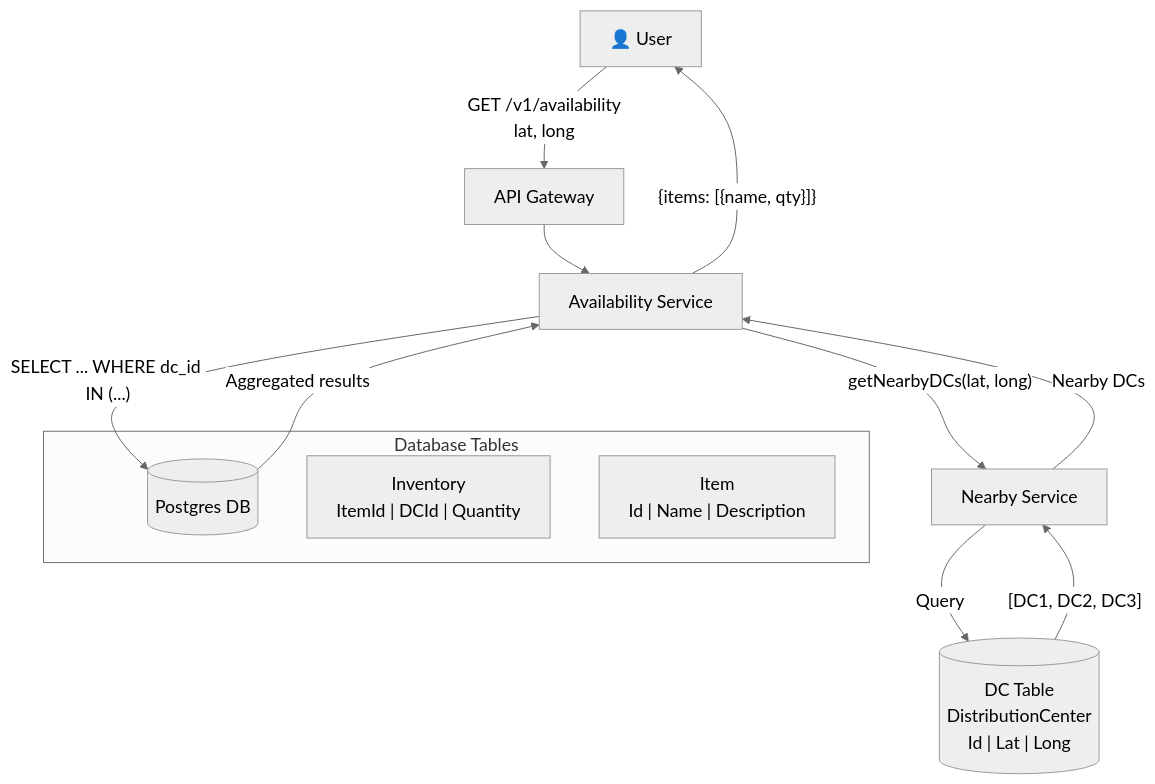
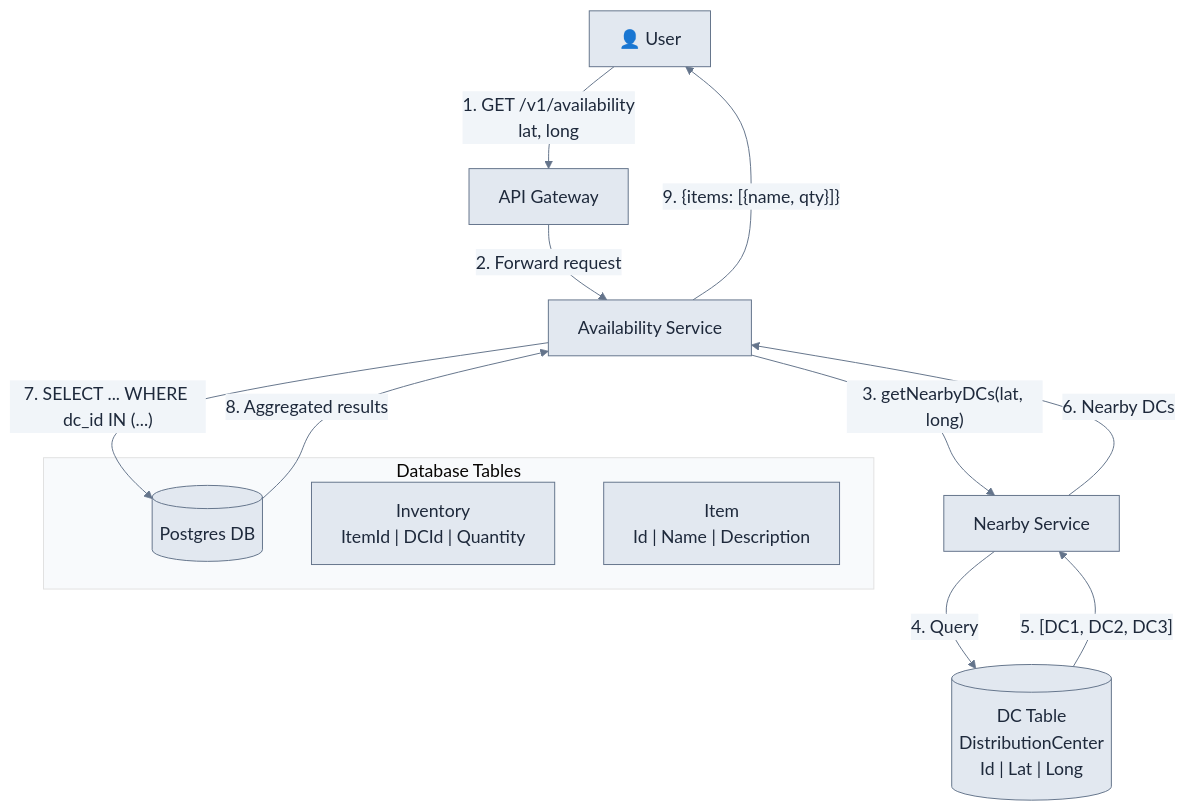
The sixth of 14 diagrams in hld/localDeliveryService.md (vipi-n/swe-101), drawn with Mermaid before and after one commit. The commit also changed other lines of this file, not shown here.

````diff
--- a/hld/localDeliveryService.md
+++ b/hld/localDeliveryService.md
@@ -288,20 +288,20 @@
 ```mermaid
-%%{init: {'theme': 'neutral', 'themeVariables': {'fontSize': '18px'}}}%%
+%%{init: {'theme': 'base', 'themeVariables': {'fontSize': '18px', 'primaryColor': '#e2e8f0', 'primaryTextColor': '#1e293b', 'primaryBorderColor': '#64748b', 'lineColor': '#64748b', 'secondaryColor': '#f1f5f9', 'tertiaryColor': '#f8fafc'}}}%%
 flowchart TB
-    User["👤 User"] -->|"GET /v1/availability<br/>lat, long"| GW["API Gateway"]
-    GW --> AS["Availability Service"]
-    AS -->|"getNearbyDCs(lat, long)"| NS["Nearby Service"]
-    NS -->|"Query"| DCTable[("DC Table<br/>DistributionCenter<br/>Id | Lat | Long")]
-    DCTable -->|"[DC1, DC2, DC3]"| NS
-    NS -->|"Nearby DCs"| AS
-    AS -->|"SELECT ... WHERE dc_id IN (...)"| DB[("Postgres DB")]
+    User["👤 User"] -->|"1. GET /v1/availability<br/>lat, long"| GW["API Gateway"]
+    GW -->|"2. Forward request"| AS["Availability Service"]
+    AS -->|"3. getNearbyDCs(lat, long)"| NS["Nearby Service"]
+    NS -->|"4. Query"| DCTable[("DC Table<br/>DistributionCenter<br/>Id #124; Lat #124; Long")]
+    DCTable -->|"5. [DC1, DC2, DC3]"| NS
+    NS -->|"6. Nearby DCs"| AS
+    AS -->|"7. SELECT ... WHERE dc_id IN (...)"| DB[("Postgres DB")]
     
     subgraph DB_Tables [Database Tables]
         DB
-        INV["Inventory<br/>ItemId | DCId | Quantity"]
-        ITEM["Item<br/>Id | Name | Description"]
+        INV["Inventory<br/>ItemId #124; DCId #124; Quantity"]
+        ITEM["Item<br/>Id #124; Name #124; Description"]
     end
     
-    DB -->|"Aggregated results"| AS
-    AS -->|"{items: [{name, qty}]}"| User
+    DB -->|"8. Aggregated results"| AS
+    AS -->|"9. {items: [{name, qty}]}"| User
 ```
````
